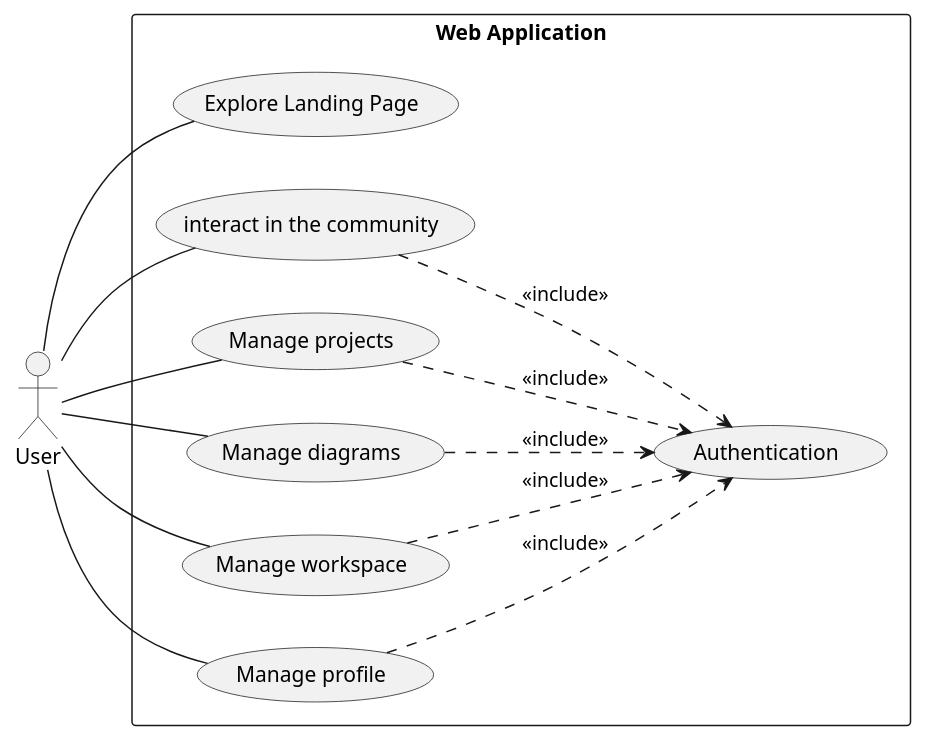
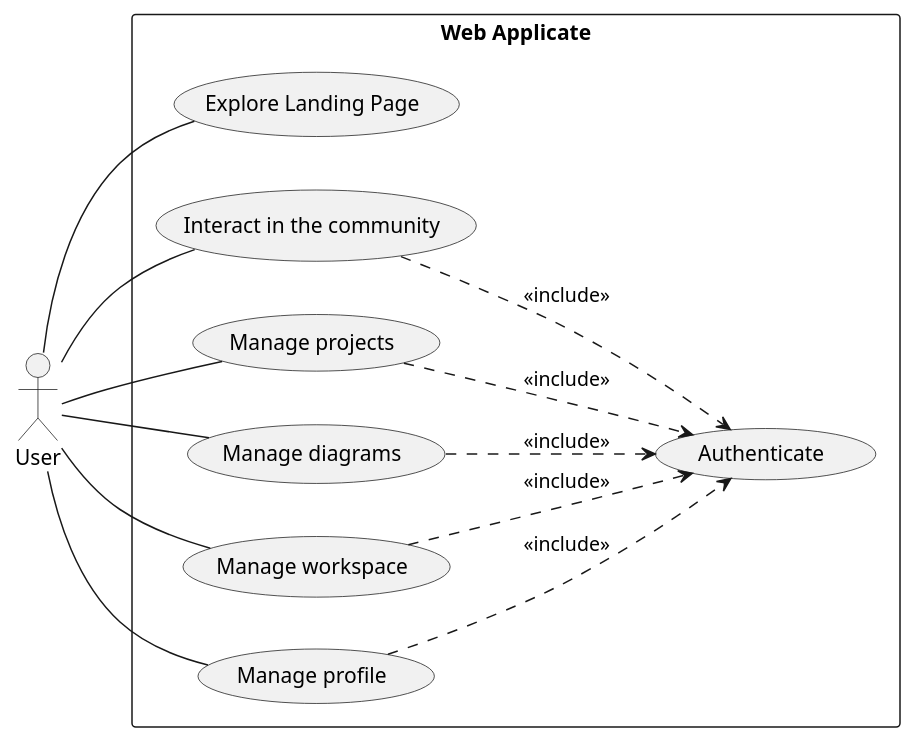
One commit to souhaib-askri/report_pfe changed the diagram in conception/global_use_case_diagram.puml. Above: the diagram before and after it, drawn with PlantUML. The commit also changed 1100 other files, not shown here.

Commit message:
report: fix some diagrams

```diff
--- a/conception/global_use_case_diagram.puml
+++ b/conception/global_use_case_diagram.puml
@@ -1,45 +1,45 @@
 @startuml
 
 left to right direction
 
 actor "User" as User
 
 
-rectangle "Web Application" {
+rectangle "Web Applicate" {
     usecase "Explore Landing Page" as ExploreLandingPage
-    usecase "Authentication" as user_auth
+    usecase "Authenticate" as user_auth
 
-    usecase "interact in the community" as InteractWithCommunity
+    usecase "Interact in the community" as InteractWithCommunity
     usecase "Manage projects" as ManageProjects
     usecase "Manage diagrams" as ManageDiagrams
     usecase "Manage workspace" as ManageWorkspace
     usecase "Manage profile" as EditProfile
 
     
 
 }
 
 
 
 User -- ExploreLandingPage
 User -- InteractWithCommunity
 User -- ManageProjects
 User -- ManageDiagrams
 User -- EditProfile
 User -- ManageWorkspace
 
 
 
 InteractWithCommunity ..> user_auth : <<include>>
 ManageProjects ..> user_auth : <<include>>
 ManageDiagrams ..> user_auth : <<include>>
 ManageWorkspace ..> user_auth : <<include>>
 EditProfile ..> user_auth : <<include>>
 
 
 
 
 
 
 
 @enduml
```
